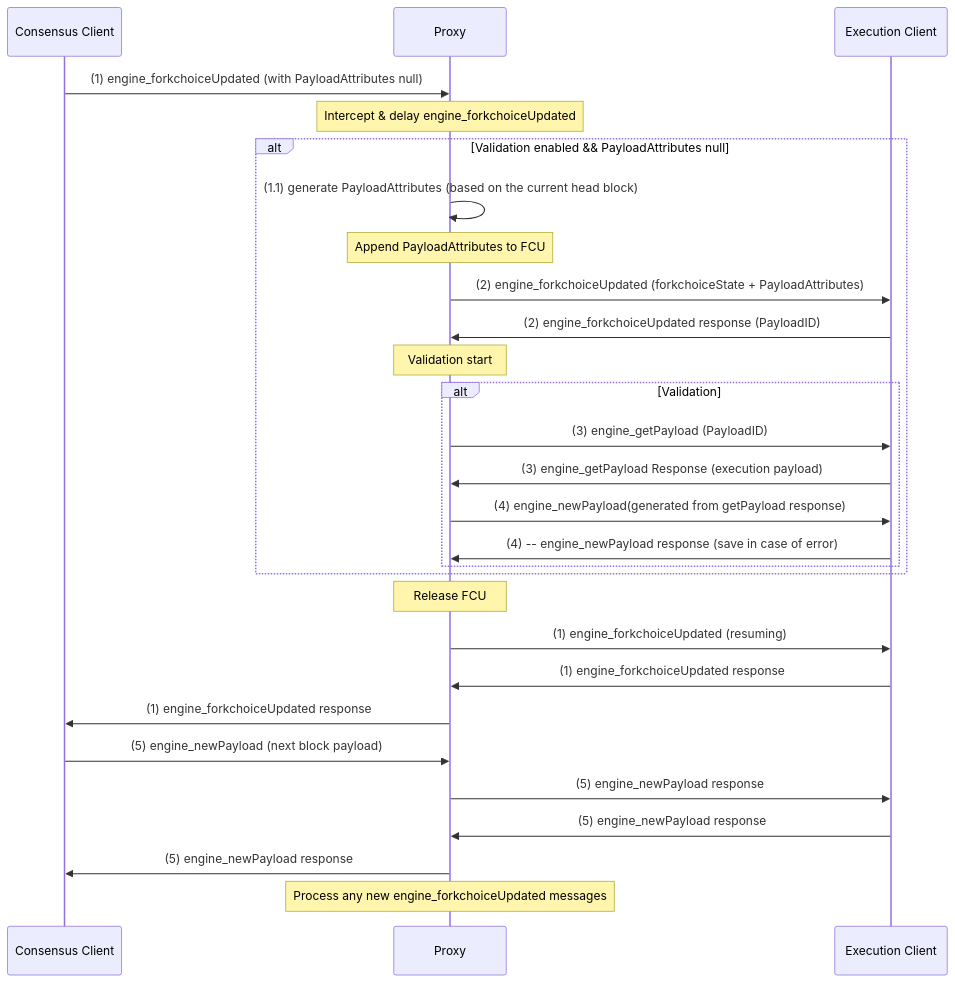
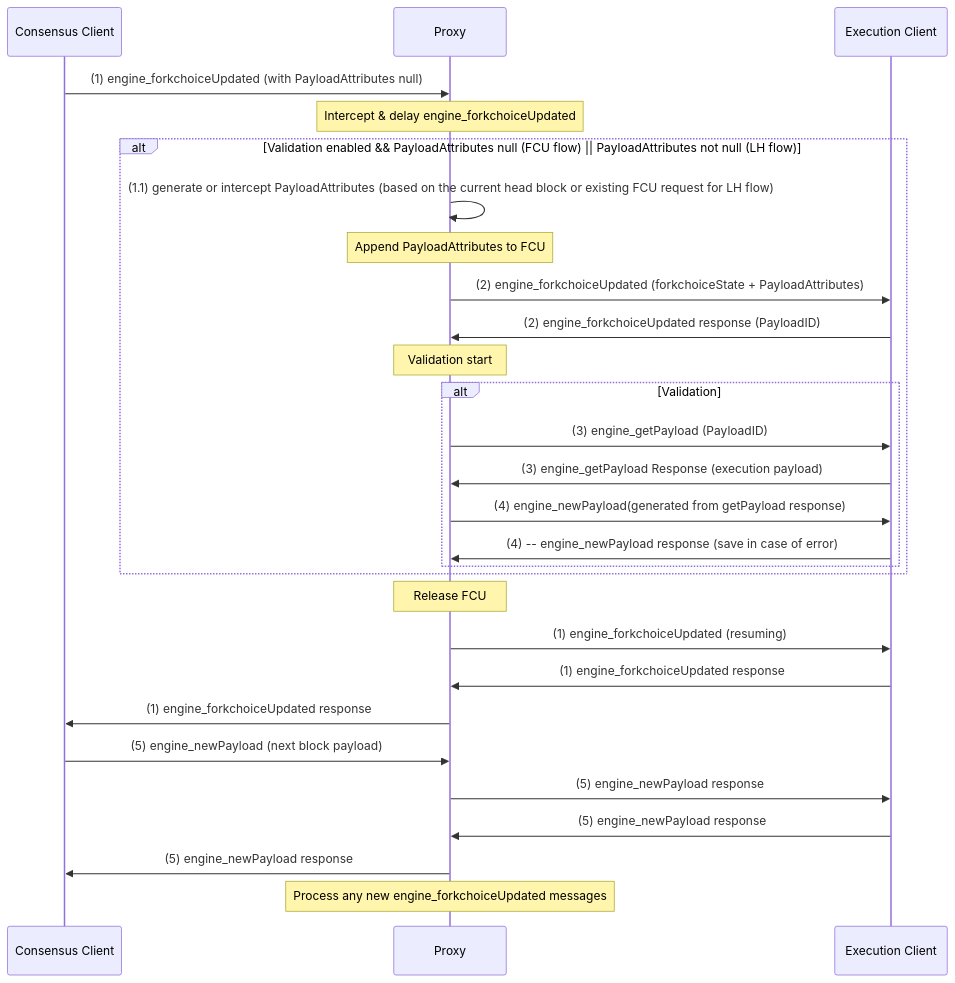
One commit to NethermindEth/nethermind changed the second of 2 diagrams in tools/EngineApiProxy/README.md. Above: the diagram before and after it, drawn with Mermaid. The commit also changed other lines of this file and 3 other files, not shown here.

````diff
--- a/tools/EngineApiProxy/README.md
+++ b/tools/EngineApiProxy/README.md
@@ -274,48 +222,48 @@
 ```mermaid
 sequenceDiagram
     participant CL as Consensus Client
     participant P as Proxy
     participant EC as Execution Client
 
     %% Step 1: CL sends engine_forkchoiceUpdated
     CL->>P: (1) engine_forkchoiceUpdated (with PayloadAttributes null)
     Note over P: Intercept & delay engine_forkchoiceUpdated
     
     %% Step 1.1: based on request (1) PR generates PayloadAttributes
-    alt Validation enabled && PayloadAttributes null
+    alt Validation enabled && PayloadAttributes null (FCU flow) || PayloadAttributes not null (LH flow)
     
-    P->>P: (1.1) generate PayloadAttributes (based on the current head block)
+    P->>P: (1.1) generate or intercept PayloadAttributes (based on the current head block or existing FCU request for LH flow)
     Note over P: Append PayloadAttributes to FCU
     
     %% Step 2: PR sends generated request (1.1) to EL
     P->>EC: (2) engine_forkchoiceUpdated (forkchoiceState + PayloadAttributes)
     EC->>P: (2) engine_forkchoiceUpdated response (PayloadID)
        
     %% Step 3: getting PayloadID from EL (2), sending engine_getPayload with it
     Note over P: Validation start
     alt Validation
     P->>EC: (3) engine_getPayload (PayloadID)
     EC->>P: (3) engine_getPayload Response (execution payload)
     
     %% Step 4: Sending engine_newPayload with generated (3) payload
     P->>EC: (4) engine_newPayload(generated from getPayload response)
     EC->>P: (4) -- engine_newPayload response (save in case of error)
     end
 
     end
     %% Step 5: Release blocked original FCU request (1)
     Note over P: Release FCU
     P->>EC: (1) engine_forkchoiceUpdated (resuming)
     EC->>P: (1) engine_forkchoiceUpdated response
     P->>CL: (1) engine_forkchoiceUpdated response 
     
     %% Step 6: Proceed a valid engine_newPayload (if any)
     CL->>P: (5) engine_newPayload (next block payload)
     P->>EC: (5) engine_newPayload response
     EC->>P: (5) engine_newPayload response
     P->>CL: (5) engine_newPayload response 
    
     Note over P: Process any new engine_forkchoiceUpdated messages
 
 
 ```
````
